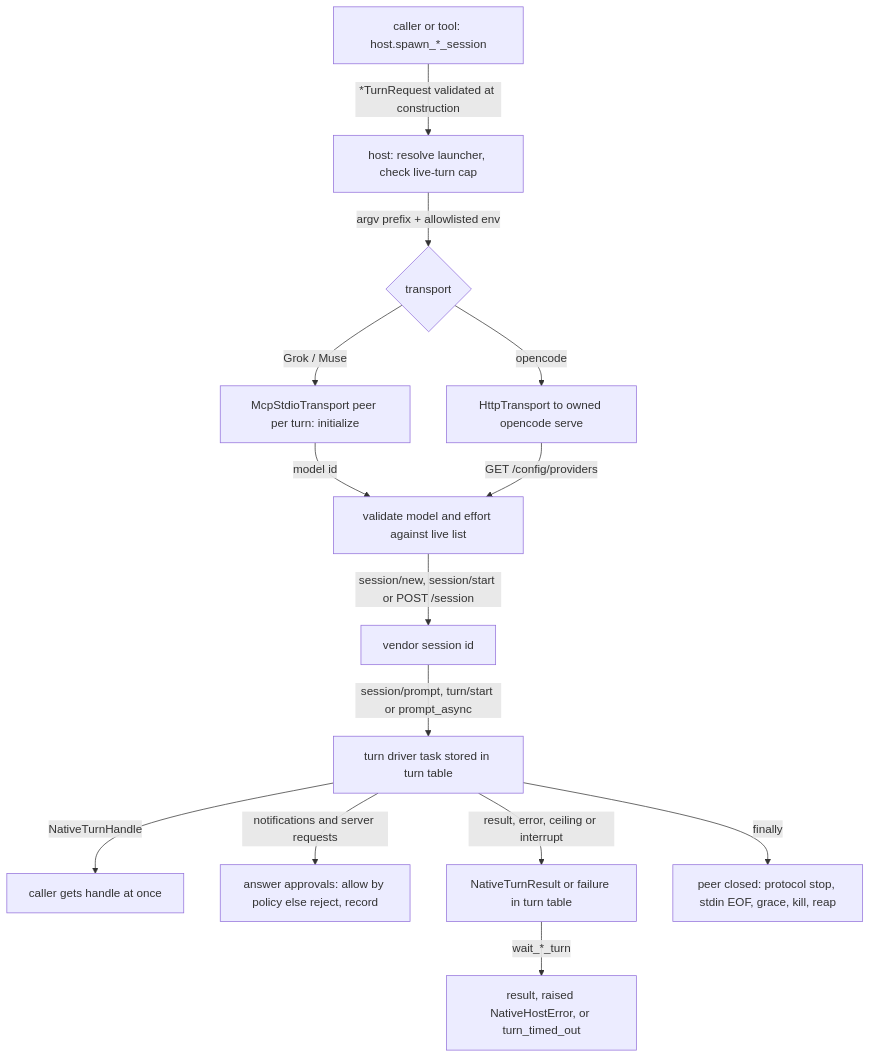
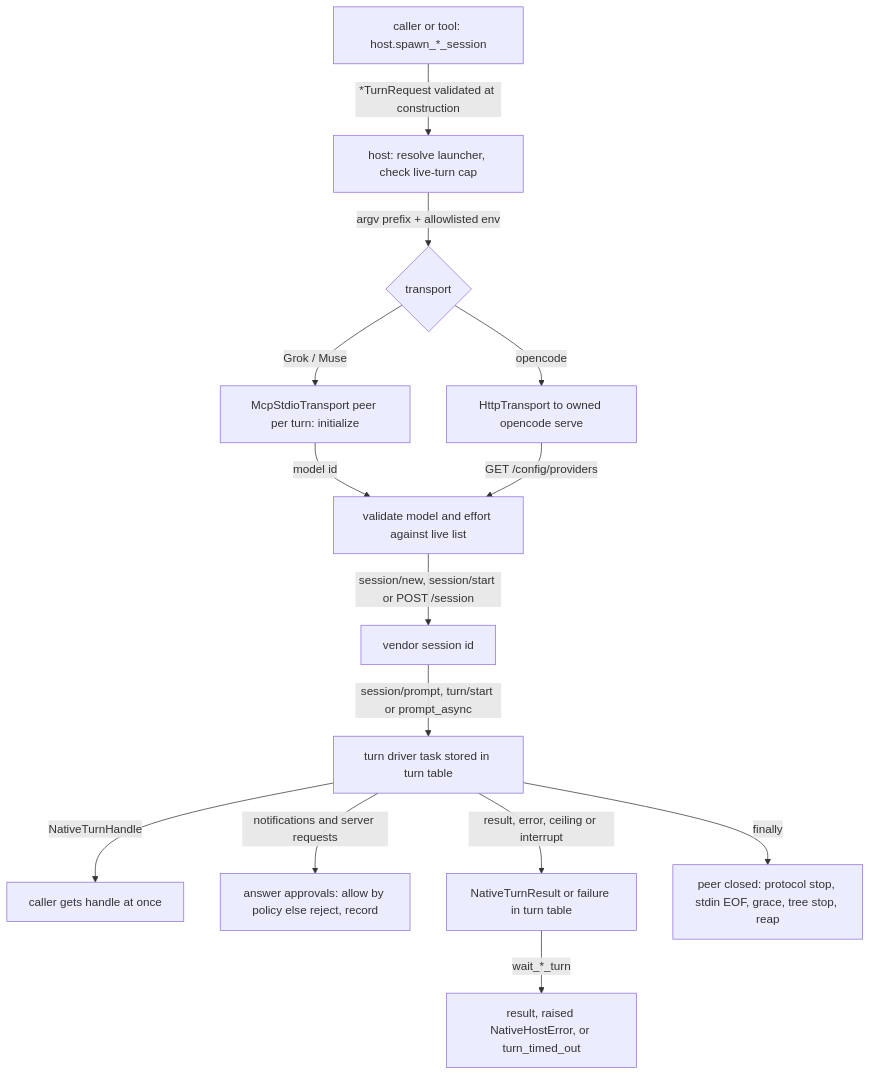
Before and after one commit to cerredz/Vidbyte-SDK: the first of 2 diagrams in docs/spec/native-grok-opencode-meta-hosts/spec.md, drawn with Mermaid. The commit also changed other lines of this file, not shown here.

````diff
--- a/docs/spec/native-grok-opencode-meta-hosts/spec.md
+++ b/docs/spec/native-grok-opencode-meta-hosts/spec.md
@@ -145,16 +145,16 @@
 ```mermaid
 flowchart TD
   A[caller or tool: host.spawn_*_session] -->|*TurnRequest validated at construction| B[host: resolve launcher, check live-turn cap]
   B -->|argv prefix + allowlisted env| C{transport}
   C -->|Grok / Muse| D[McpStdioTransport peer per turn: initialize]
   C -->|opencode| E[HttpTransport to owned opencode serve]
   D -->|model id| F[validate model and effort against live list]
   E -->|GET /config/providers| F
   F -->|session/new, session/start or POST /session| G[vendor session id]
   G -->|session/prompt, turn/start or prompt_async| H[turn driver task stored in turn table]
   H -->|NativeTurnHandle| I[caller gets handle at once]
   H -->|notifications and server requests| J[answer approvals: allow by policy else reject, record]
   H -->|result, error, ceiling or interrupt| K[NativeTurnResult or failure in turn table]
   K -->|wait_*_turn| L[result, raised NativeHostError, or turn_timed_out]
-  H -->|finally| M[peer closed: protocol stop, stdin EOF, grace, kill, reap]
+  H -->|finally| M[peer closed: protocol stop, stdin EOF, grace, tree stop, reap]
 ```
````
